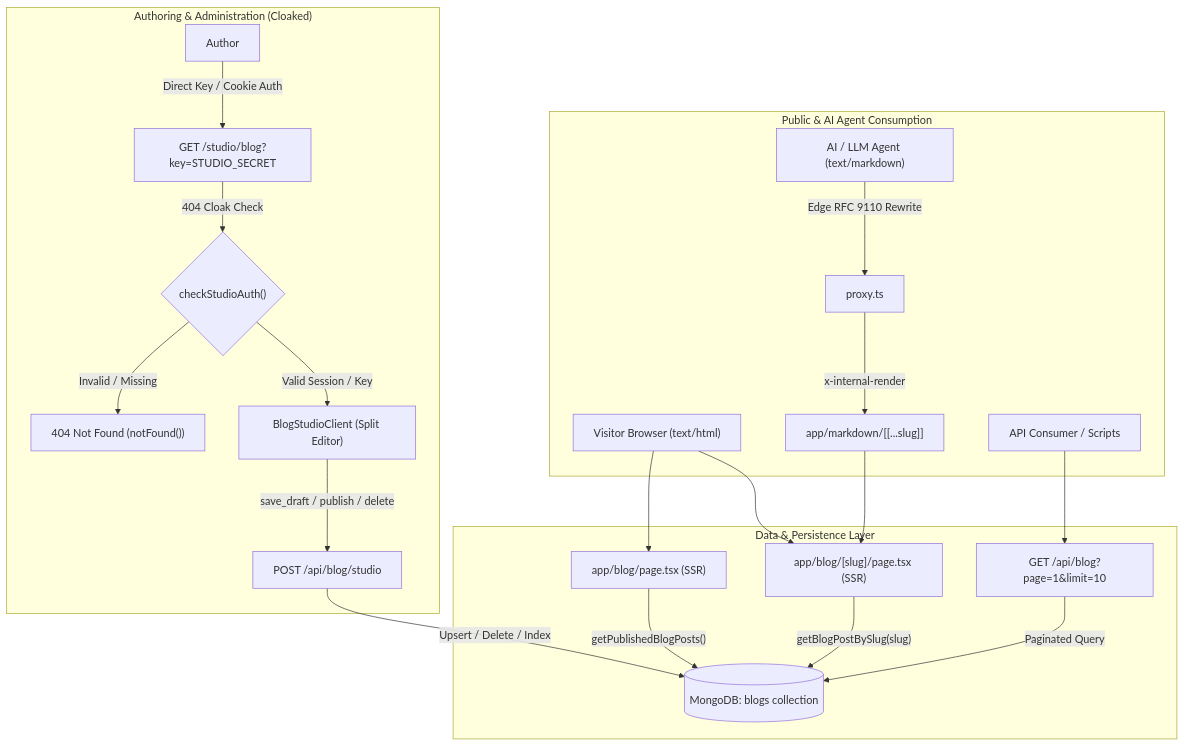
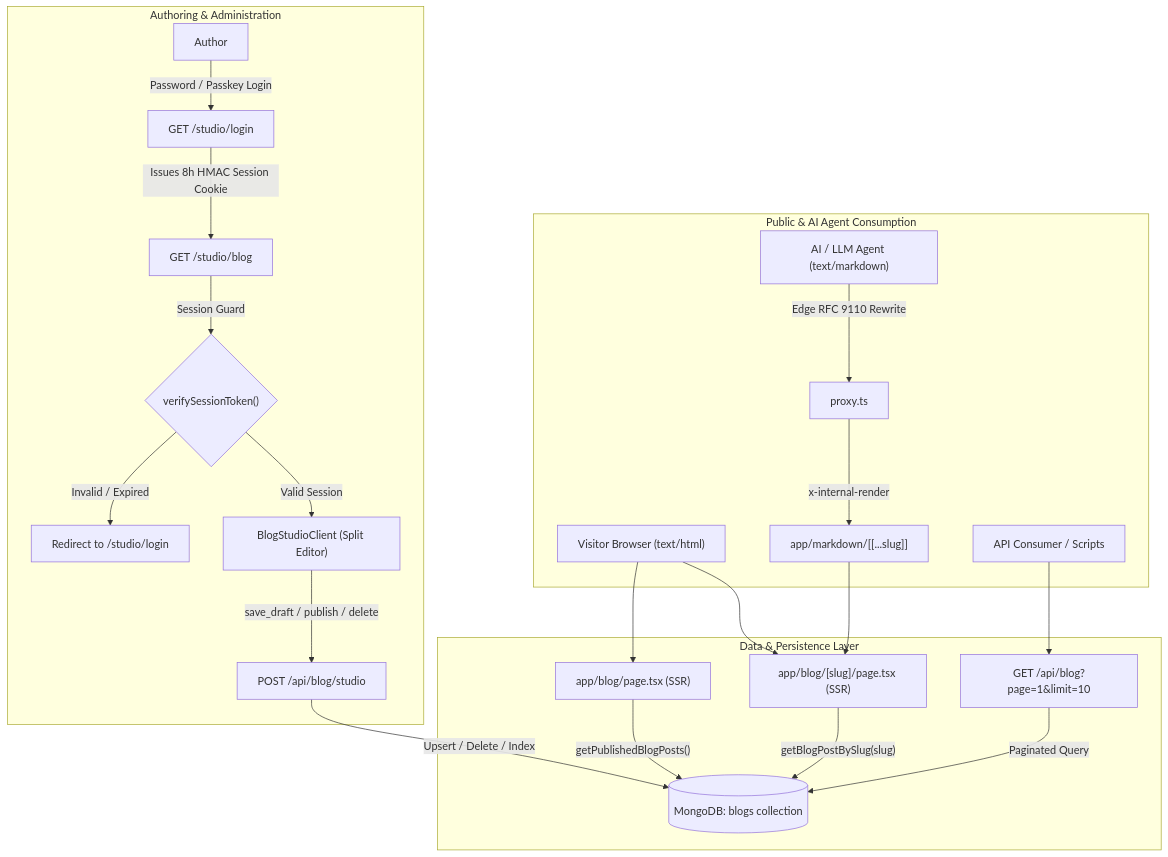
Before and after one commit to assignment-sets/portfolio: the first of 2 diagrams in docs/blog/blog-architecture.md, drawn with Mermaid. The commit also changed 7 other files, not shown here.

Commit message:
docs: update studio architecture documentation and agent guidelines

````diff
--- a/docs/blog/blog-architecture.md
+++ b/docs/blog/blog-architecture.md
@@ -11,26 +11,27 @@
 ```mermaid
 flowchart TD
-    subgraph Authoring ["Authoring & Administration (Cloaked)"]
-        Author["Author"] -->|"Direct Key / Cookie Auth"| StudioPage["GET /studio/blog?key=STUDIO_SECRET"]
-        StudioPage -->|"404 Cloak Check"| AuthGuard{"checkStudioAuth()"}
-        AuthGuard -->|Invalid / Missing| NotFound["404 Not Found (notFound())"]
-        AuthGuard -->|Valid Session / Key| StudioUI["BlogStudioClient (Split Editor)"]
+    subgraph Authoring ["Authoring & Administration"]
+        Author["Author"] -->|"Password / Passkey Login"| LoginPage["GET /studio/login"]
+        LoginPage -->|"Issues 8h HMAC Session Cookie"| StudioPage["GET /studio/blog"]
+        StudioPage -->|"Session Guard"| AuthGuard{"verifySessionToken()"}
+        AuthGuard -->|Invalid / Expired| RedirectLogin["Redirect to /studio/login"]
+        AuthGuard -->|Valid Session| StudioUI["BlogStudioClient (Split Editor)"]
         StudioUI -->|"save_draft / publish / delete"| StudioAPI["POST /api/blog/studio"]
     end
 
     subgraph DataLayer ["Data & Persistence Layer"]
         StudioAPI -->|"Upsert / Delete / Index"| MongoBlog[("MongoDB: blogs collection")]
         PublicPage["app/blog/page.tsx (SSR)"] -->|"getPublishedBlogPosts()"| MongoBlog
         PublicPost["app/blog/[slug]/page.tsx (SSR)"] -->|"getBlogPostBySlug(slug)"| MongoBlog
         PublicAPI["GET /api/blog?page=1&limit=10"] -->|"Paginated Query"| MongoBlog
     end
 
     subgraph Consumption ["Public & AI Agent Consumption"]
         Visitor["Visitor Browser (text/html)"] --> PublicPage
         Visitor --> PublicPost
         AIAgent["AI / LLM Agent (text/markdown)"] -->|"Edge RFC 9110 Rewrite"| Proxy["proxy.ts"]
         Proxy -->|"x-internal-render"| MarkdownCompiler["app/markdown/[[...slug]]"]
         MarkdownCompiler --> PublicPost
         APIConsumer["API Consumer / Scripts"] --> PublicAPI
     end
 ```
````
